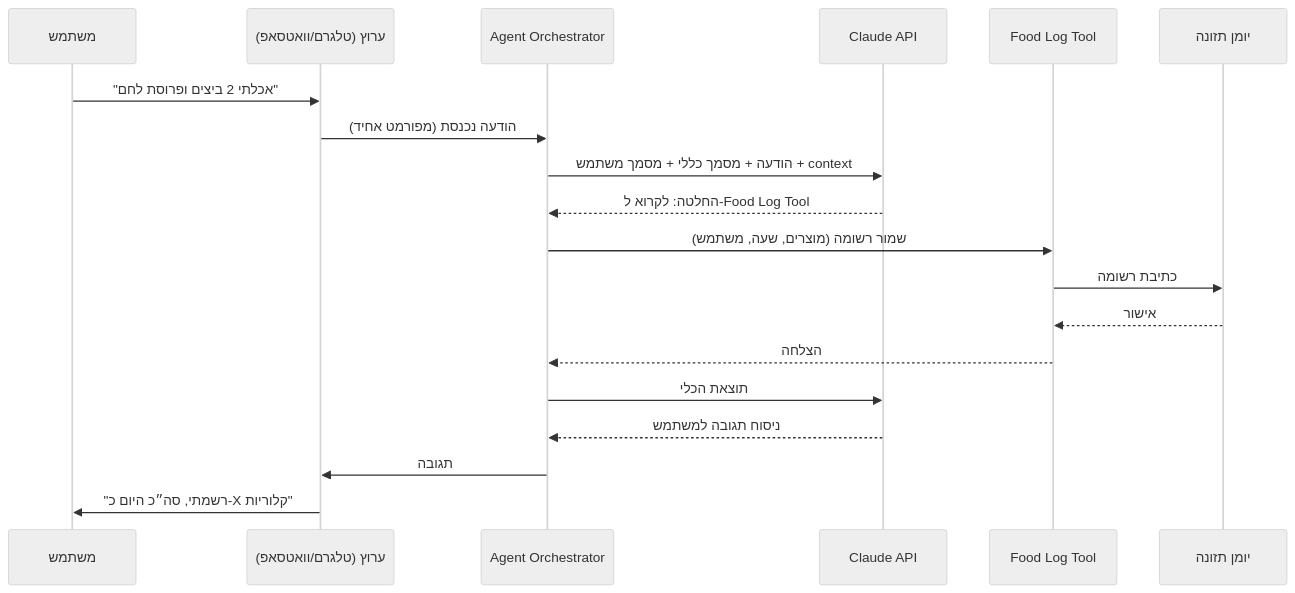
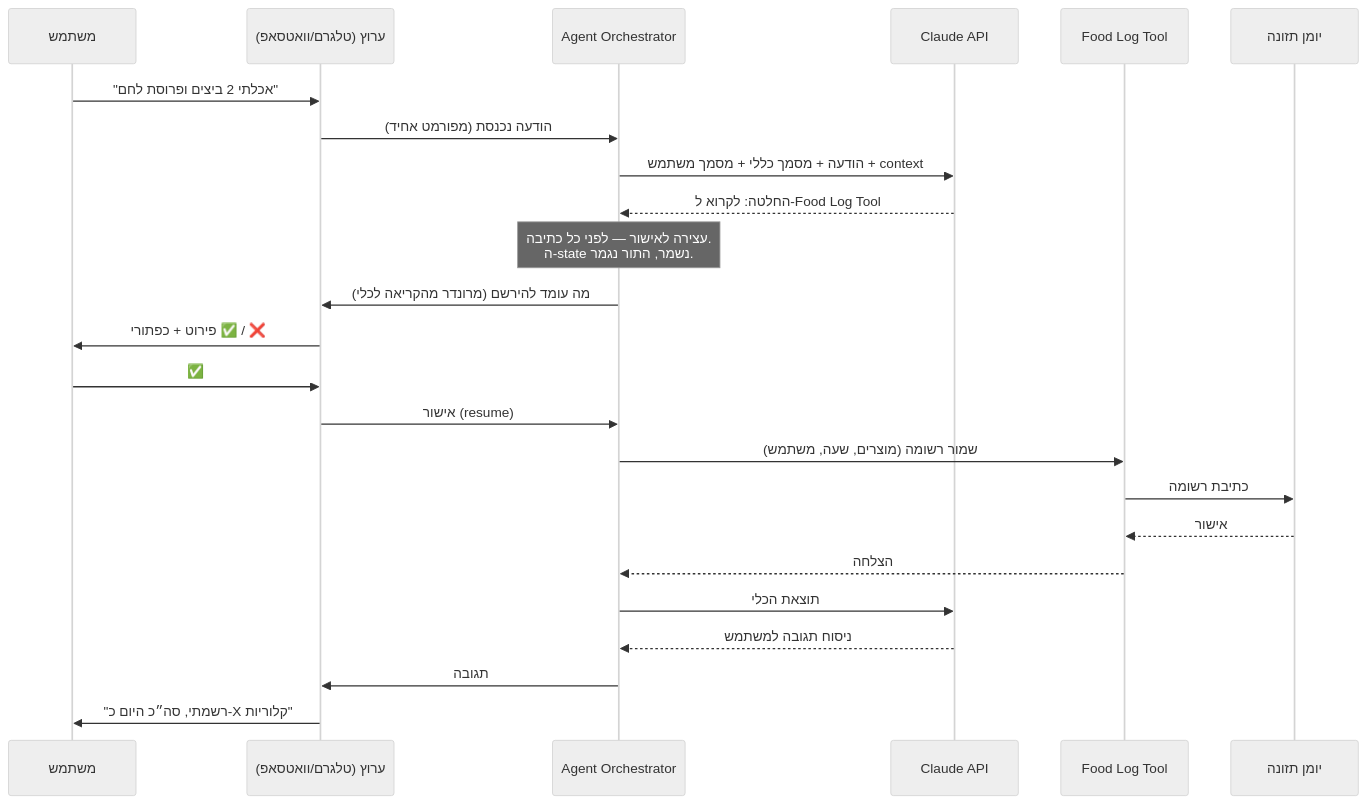
One commit to gilico828/CoachAgent changed the second of 2 diagrams in מסמך ארכיטקטורה.md. Above: the diagram before and after it, drawn with Mermaid (neutral theme). The commit also changed other lines of this file and 7 other files, not shown here.

````diff
--- a/מסמך ארכיטקטורה.md
+++ b/מסמך ארכיטקטורה.md
@@ -122,22 +124,27 @@
 ```mermaid
 sequenceDiagram
     participant U as משתמש
     participant CH as ערוץ (טלגרם/וואטסאפ)
     participant AG as Agent Orchestrator
     participant LLM as Claude API
     participant T2 as Food Log Tool
     participant D2 as יומן תזונה
 
     U->>CH: "אכלתי 2 ביצים ופרוסת לחם"
     CH->>AG: הודעה נכנסת (מפורמט אחיד)
     AG->>LLM: הודעה + מסמך כללי + מסמך משתמש + context
     LLM-->>AG: החלטה: לקרוא ל-Food Log Tool
+    Note over AG: עצירה לאישור — לפני כל כתיבה.<br/>ה-state נשמר, התור נגמר.
+    AG->>CH: מה עומד להירשם (מרונדר מהקריאה לכלי)
+    CH->>U: פירוט + כפתורי ✅ / ❌
+    U->>CH: ✅
+    CH->>AG: אישור (resume)
     AG->>T2: שמור רשומה (מוצרים, שעה, משתמש)
     T2->>D2: כתיבת רשומה
     D2-->>T2: אישור
     T2-->>AG: הצלחה
     AG->>LLM: תוצאת הכלי
     LLM-->>AG: ניסוח תגובה למשתמש
     AG->>CH: תגובה
     CH->>U: "רשמתי, סה״כ היום כ-X קלוריות"
 ```
````
